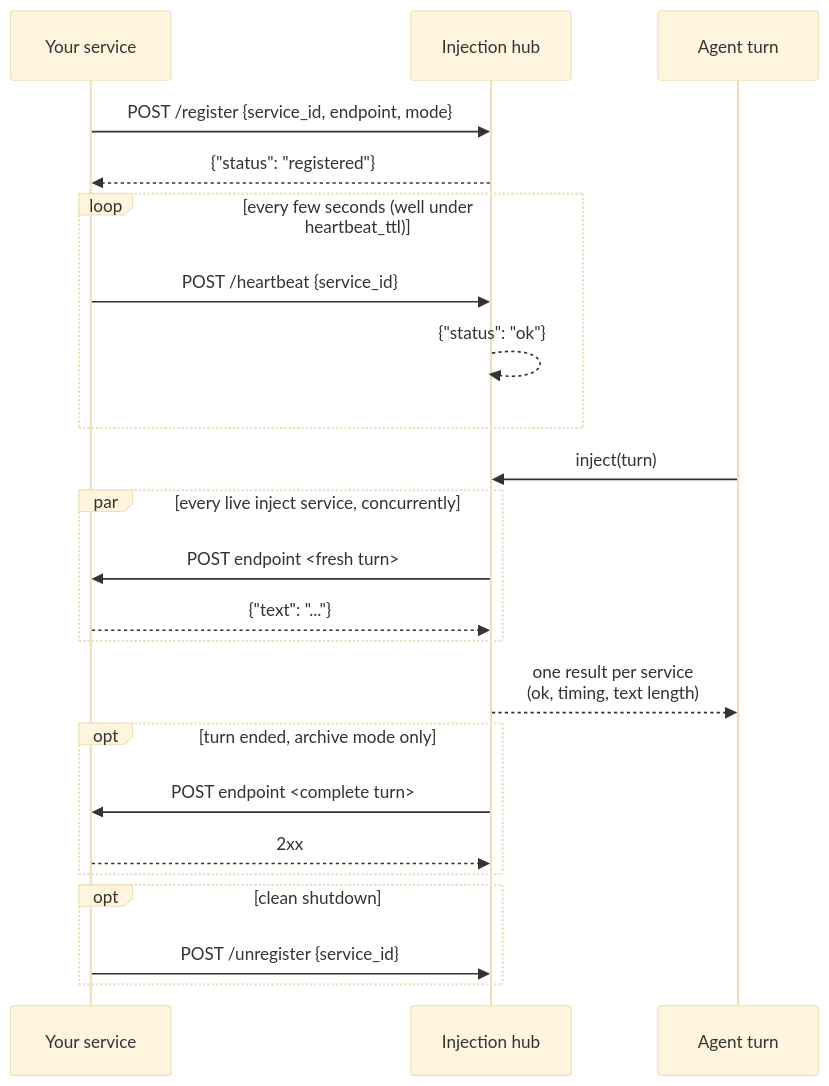
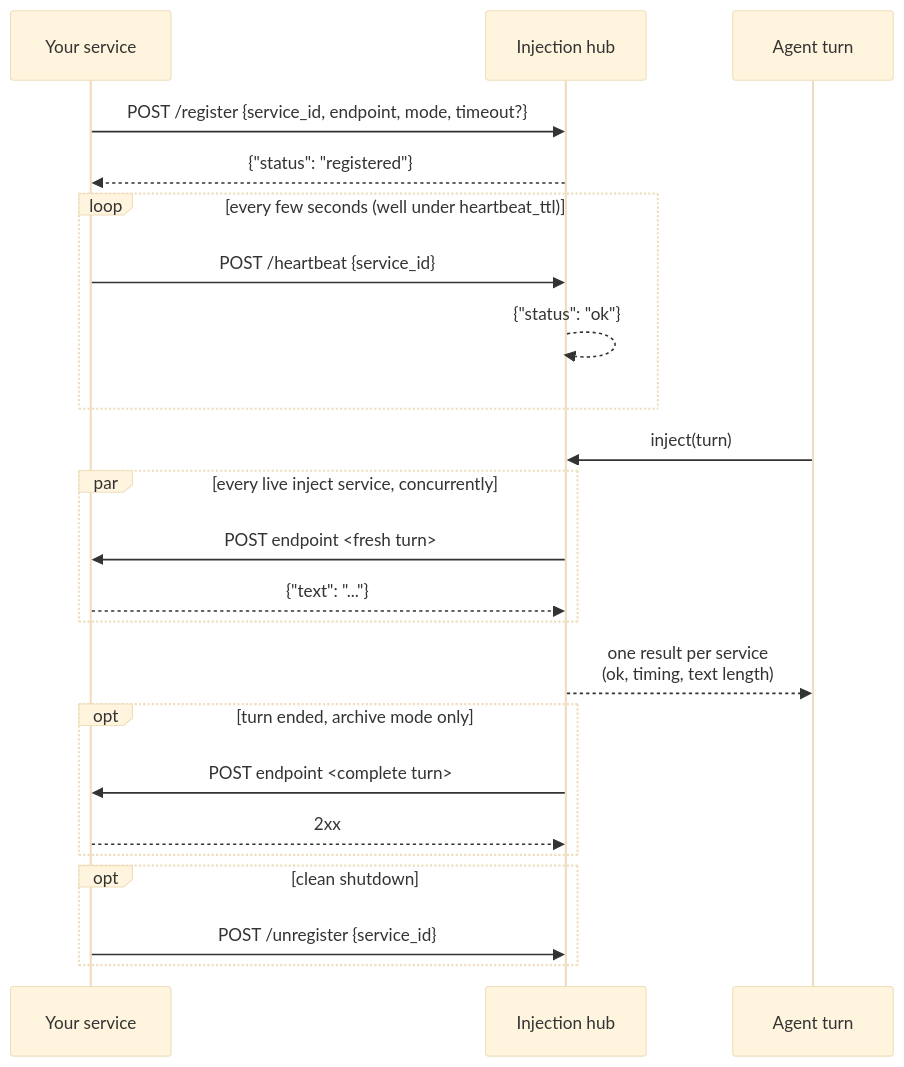
Before and after one commit to DarkSpaceY/NAN-itself: the first of 3 diagrams in docs/for-service-authors/injection-service.md, drawn with Mermaid (base theme). The commit also changed other lines of this file and 6 other files, not shown here.

````diff
--- a/docs/for-service-authors/injection-service.md
+++ b/docs/for-service-authors/injection-service.md
@@ -9,30 +9,30 @@
 ```mermaid
 sequenceDiagram
     participant S as Your service
     participant H as Injection hub
     participant A as Agent turn
 
-    S->>H: POST /register {service_id, endpoint, mode}
+    S->>H: POST /register {service_id, endpoint, mode, timeout?}
     H-->>S: {"status": "registered"}
 
     loop every few seconds (well under heartbeat_ttl)
         S->>H: POST /heartbeat {service_id}
         H-->>H: {"status": "ok"}
     end
 
     A->>H: inject(turn)
     par every live inject service, concurrently
         H->>S: POST endpoint <fresh turn>
         S-->>H: {"text": "..."}
     end
     H-->>A: one result per service<br/>(ok, timing, text length)
 
     opt turn ended, archive mode only
         H->>S: POST endpoint <complete turn>
         S-->>H: 2xx
     end
 
     opt clean shutdown
         S->>H: POST /unregister {service_id}
     end
 ```
````
